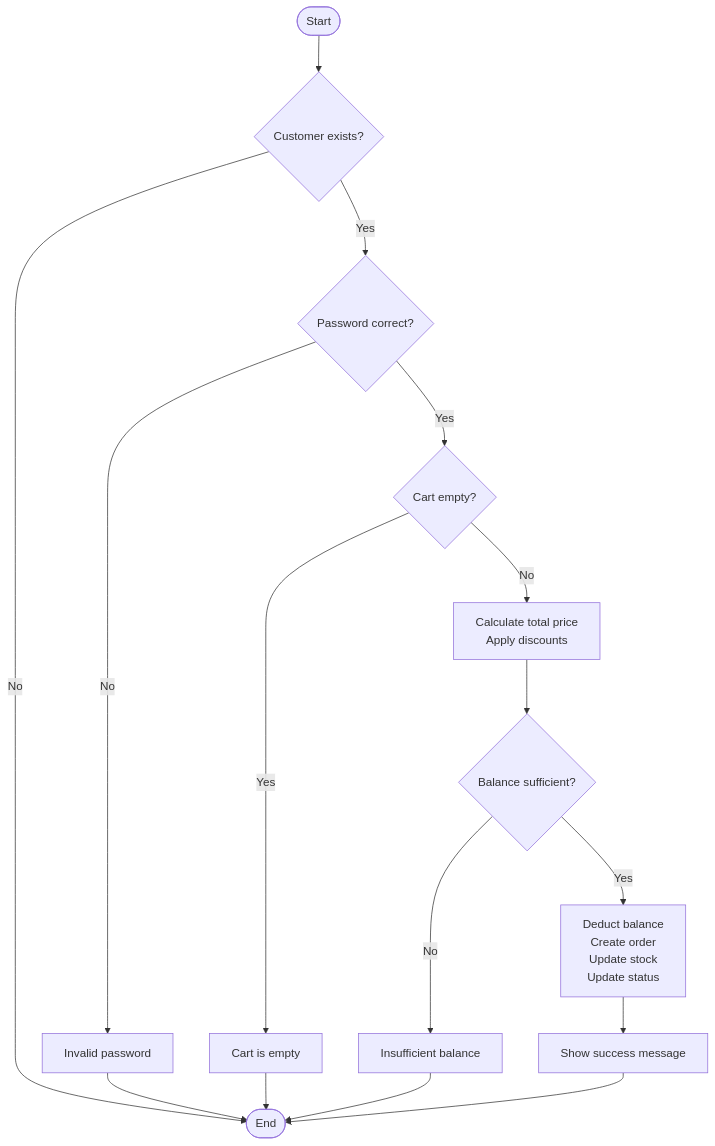
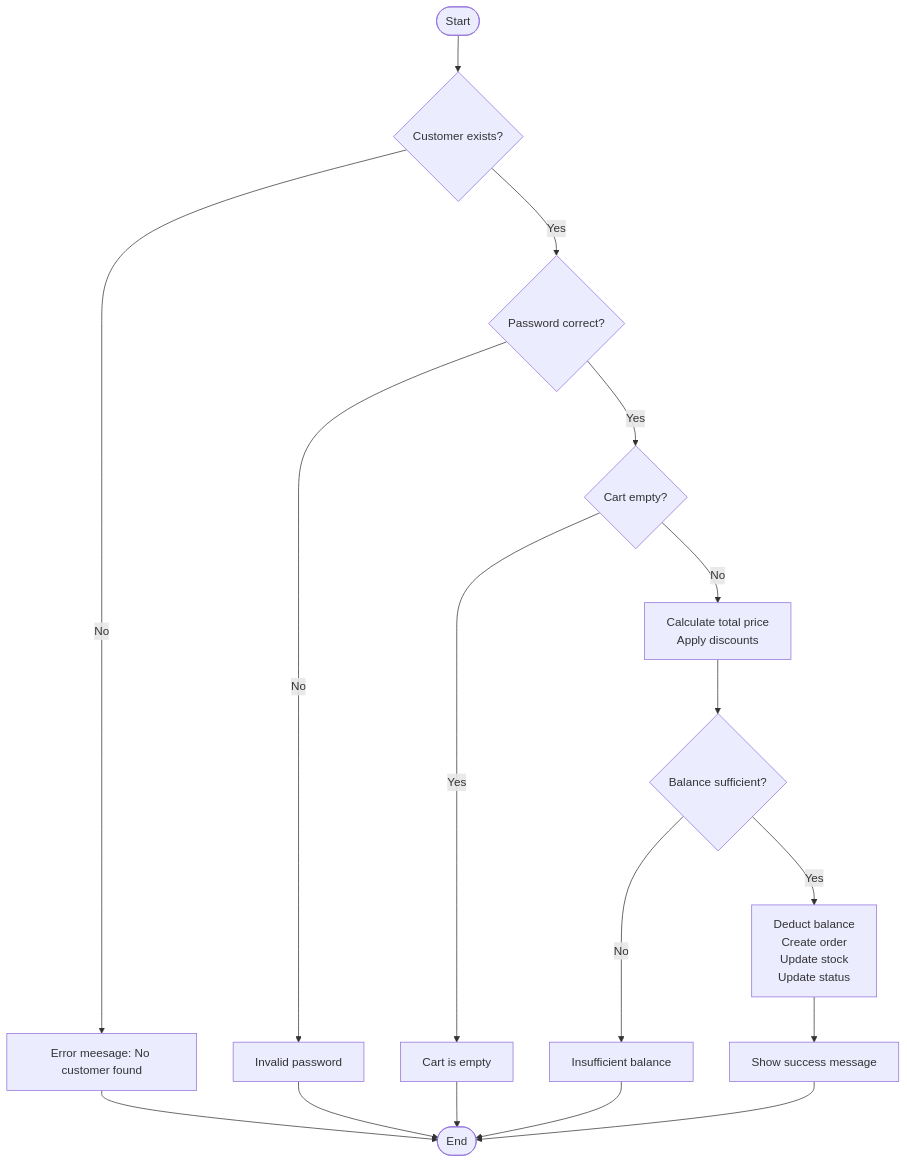
Before and after one commit to sutkucanverdi/SENG271-project: the diagram in activityOrder.mmd, drawn with Mermaid.

Commit message:
Update flowchart to handle missing customer case
Redirect flow to error message when customer not found.

```diff
--- a/activityOrder.mmd
+++ b/activityOrder.mmd
@@ -1,30 +1,32 @@
 flowchart TD
     Start([Start])
 
     CheckCustomer{Customer exists?}
+    FailCustomer[Error meesage: No customer found]
+
     VerifyPass{Password correct?}
     CartEmpty{Cart empty?}
     ComputeTotal[Calculate total price\nApply discounts]
     CheckBalance{Balance sufficient?}
 
     Deduct[Deduct balance\nCreate order\nUpdate stock\nUpdate status]
     Feedback[Show success message]
 
     FailPass[Invalid password]
     FailCart[Cart is empty]
     FailBalance[Insufficient balance]
 
     End([End])
 
     Start --> CheckCustomer
-    CheckCustomer -->|No| End
+    CheckCustomer -->|No| FailCustomer --> End
     CheckCustomer -->|Yes| VerifyPass
 
     VerifyPass -->|No| FailPass --> End
     VerifyPass -->|Yes| CartEmpty
 
     CartEmpty -->|Yes| FailCart --> End
     CartEmpty -->|No| ComputeTotal --> CheckBalance
 
     CheckBalance -->|No| FailBalance --> End
     CheckBalance -->|Yes| Deduct --> Feedback --> End
```
